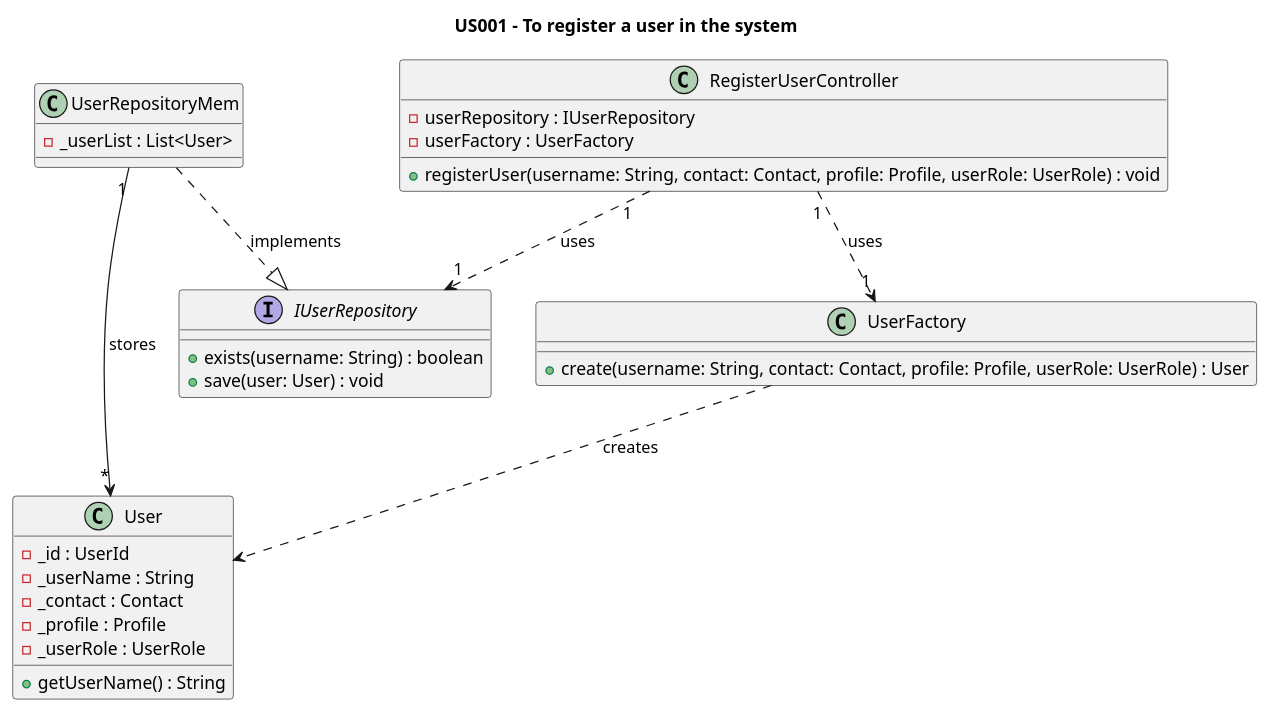
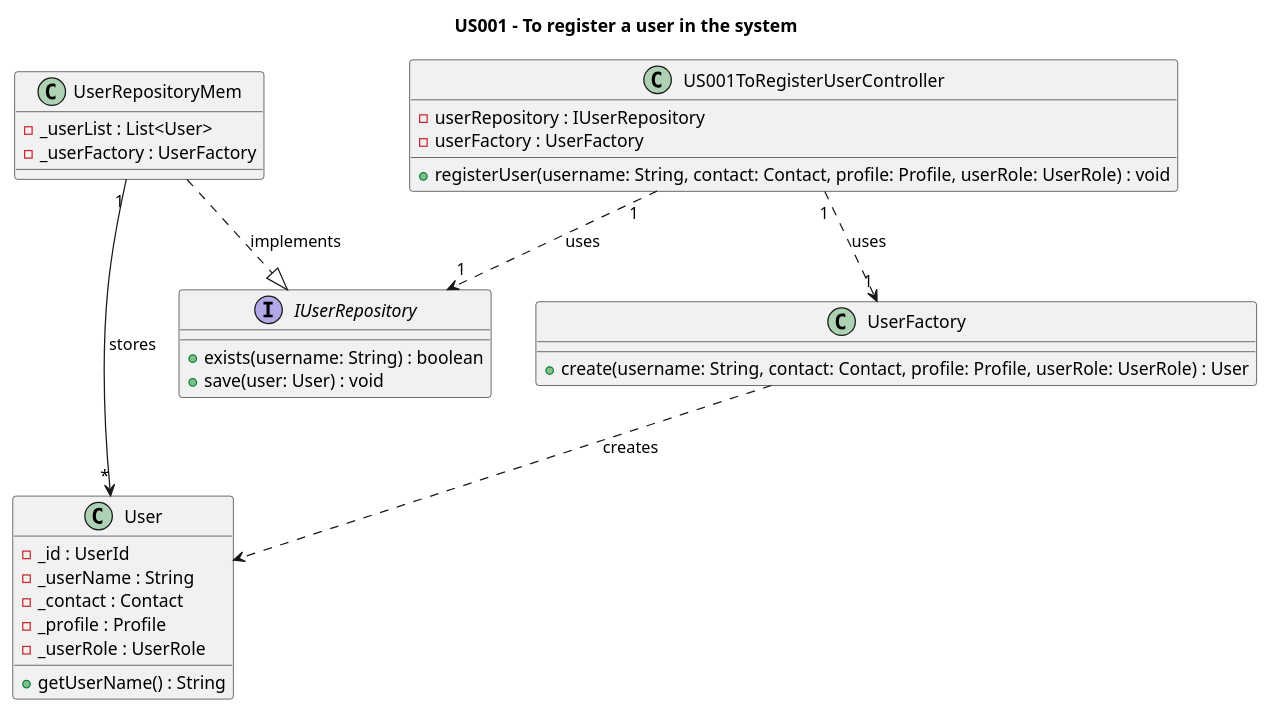
The diagram in Diagrams/ClassDiagrams/US001-to-register-a-user.puml (AndrePereiraGitH/SWitCH-Project-Team_A), drawn with PlantUML before and after one commit. The commit also changed 6 other files, not shown here.

Commit message:
fix #568, align controller, repository and tests with feedback

```diff
--- a/Diagrams/ClassDiagrams/US001-to-register-a-user.puml
+++ b/Diagrams/ClassDiagrams/US001-to-register-a-user.puml
@@ -1,38 +1,39 @@
 @startuml
 title US001 - To register a user in the system
 
 interface IUserRepository {
   +exists(username: String) : boolean
   +save(user: User) : void
 }
 
 class UserRepositoryMem {
   -_userList : List<User>
+  -_userFactory : UserFactory
 }
 
 class UserFactory {
   +create(username: String, contact: Contact, profile: Profile, userRole: UserRole) : User
 }
 
-class RegisterUserController {
+class US001ToRegisterUserController {
   -userRepository : IUserRepository
   -userFactory : UserFactory
   +registerUser(username: String, contact: Contact, profile: Profile, userRole: UserRole) : void
 }
 
 class User {
   -_id : UserId
   -_userName : String
   -_contact : Contact
   -_profile : Profile
   -_userRole : UserRole
   +getUserName() : String
 }
 
-RegisterUserController "1" ..> "1" IUserRepository : uses
-RegisterUserController "1" ..> "1" UserFactory : uses
+US001ToRegisterUserController "1" ..> "1" IUserRepository : uses
+US001ToRegisterUserController "1" ..> "1" UserFactory : uses
 UserRepositoryMem ..|> IUserRepository : implements
 UserRepositoryMem "1" --> "*" User : stores
 UserFactory ..> User : creates
 
 @enduml
```
